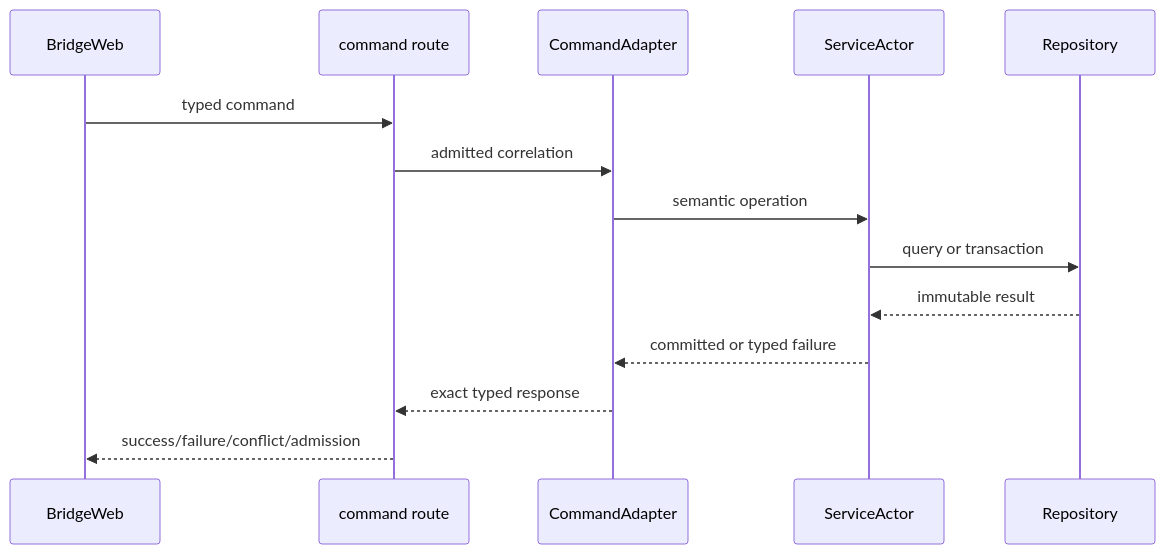
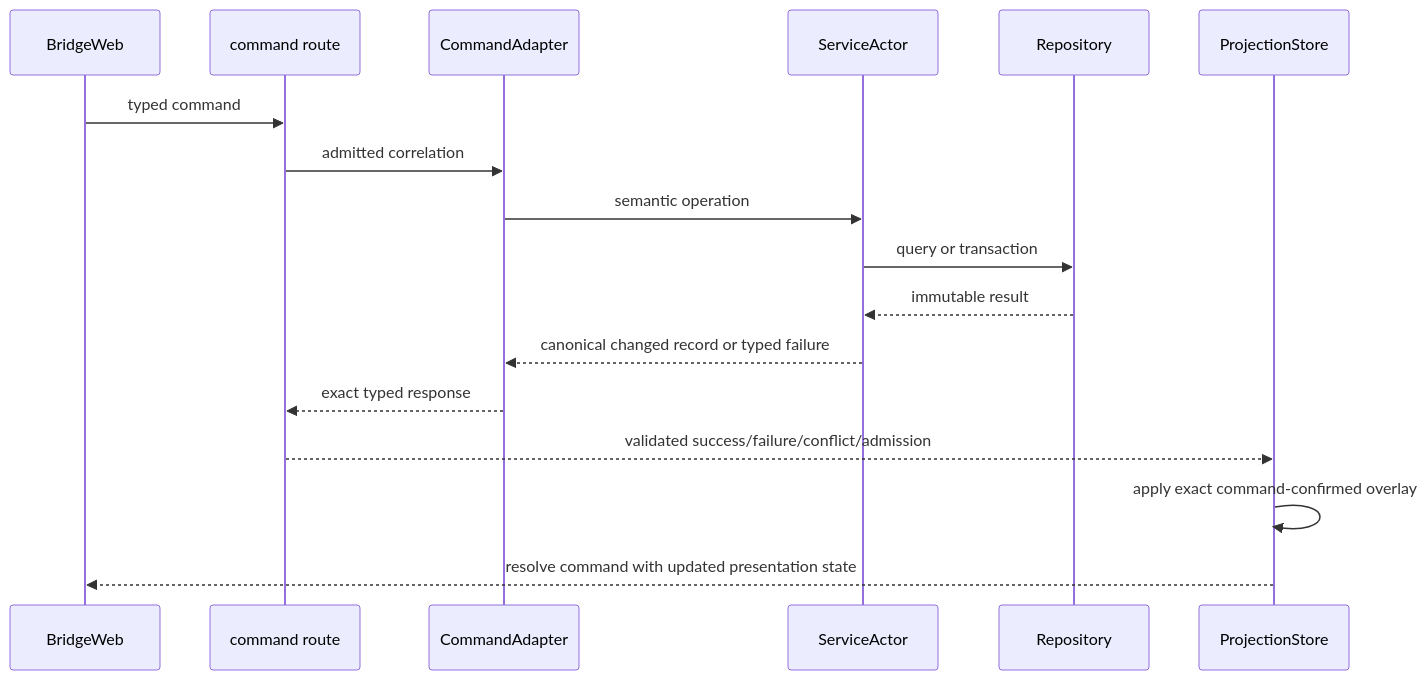
Before and after one commit to ShravanSunder/agentstudio: the fifth of 11 diagrams in docs/specs/2026-08-06-worktree-annotations/pr1-program-design.md, drawn with Mermaid. The commit also changed other lines of this file and 2 other files, not shown here.

````diff
--- a/docs/specs/2026-08-06-worktree-annotations/pr1-program-design.md
+++ b/docs/specs/2026-08-06-worktree-annotations/pr1-program-design.md
@@ -238,17 +277,20 @@
 ```mermaid
 sequenceDiagram
     participant UI as BridgeWeb
     participant RPC as command route
     participant Adapter as CommandAdapter
     participant Service as ServiceActor
     participant Repo as Repository
+    participant State as ProjectionStore
 
     UI->>RPC: typed command
     RPC->>Adapter: admitted correlation
     Adapter->>Service: semantic operation
     Service->>Repo: query or transaction
     Repo-->>Service: immutable result
-    Service-->>Adapter: committed or typed failure
+    Service-->>Adapter: canonical changed record or typed failure
     Adapter-->>RPC: exact typed response
-    RPC-->>UI: success/failure/conflict/admission
+    RPC-->>State: validated success/failure/conflict/admission
+    State->>State: apply exact command-confirmed overlay
+    State-->>UI: resolve command with updated presentation state
 ```
````
